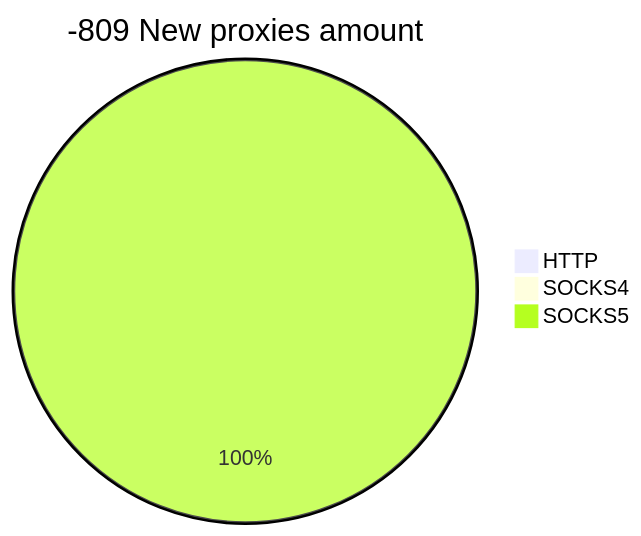
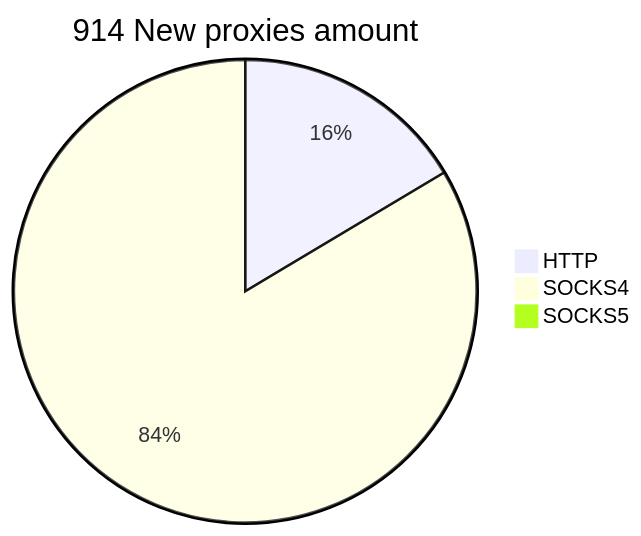
The second of 2 diagrams in README.md (cutipu/proxylist), drawn with Mermaid before and after one commit. The commit also changed other lines of this file, not shown here.

````diff
--- a/README.md
+++ b/README.md
@@ -10,6 +10,6 @@
 ```mermaid
-pie title -809 New proxies amount
-    "HTTP" : 0
-    "SOCKS4" : 0
-    "SOCKS5" : 85
+pie title 914 New proxies amount
+    "HTTP" : 154
+    "SOCKS4" : 783
+    "SOCKS5" : 0
 ```
````
